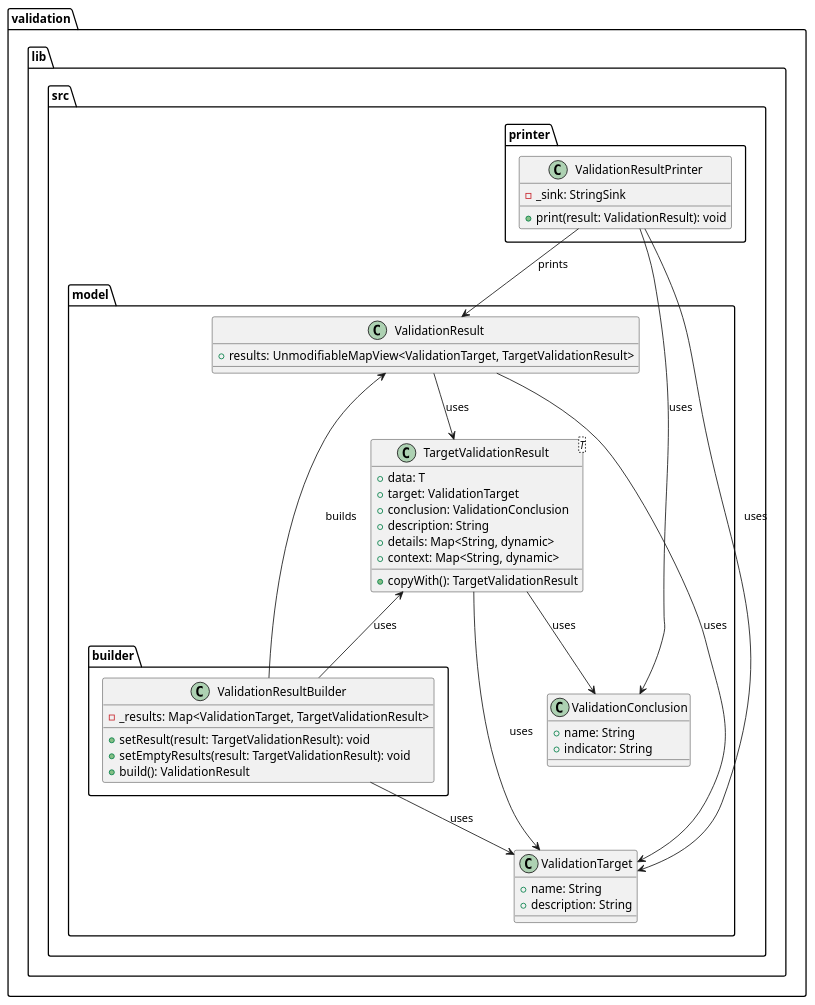
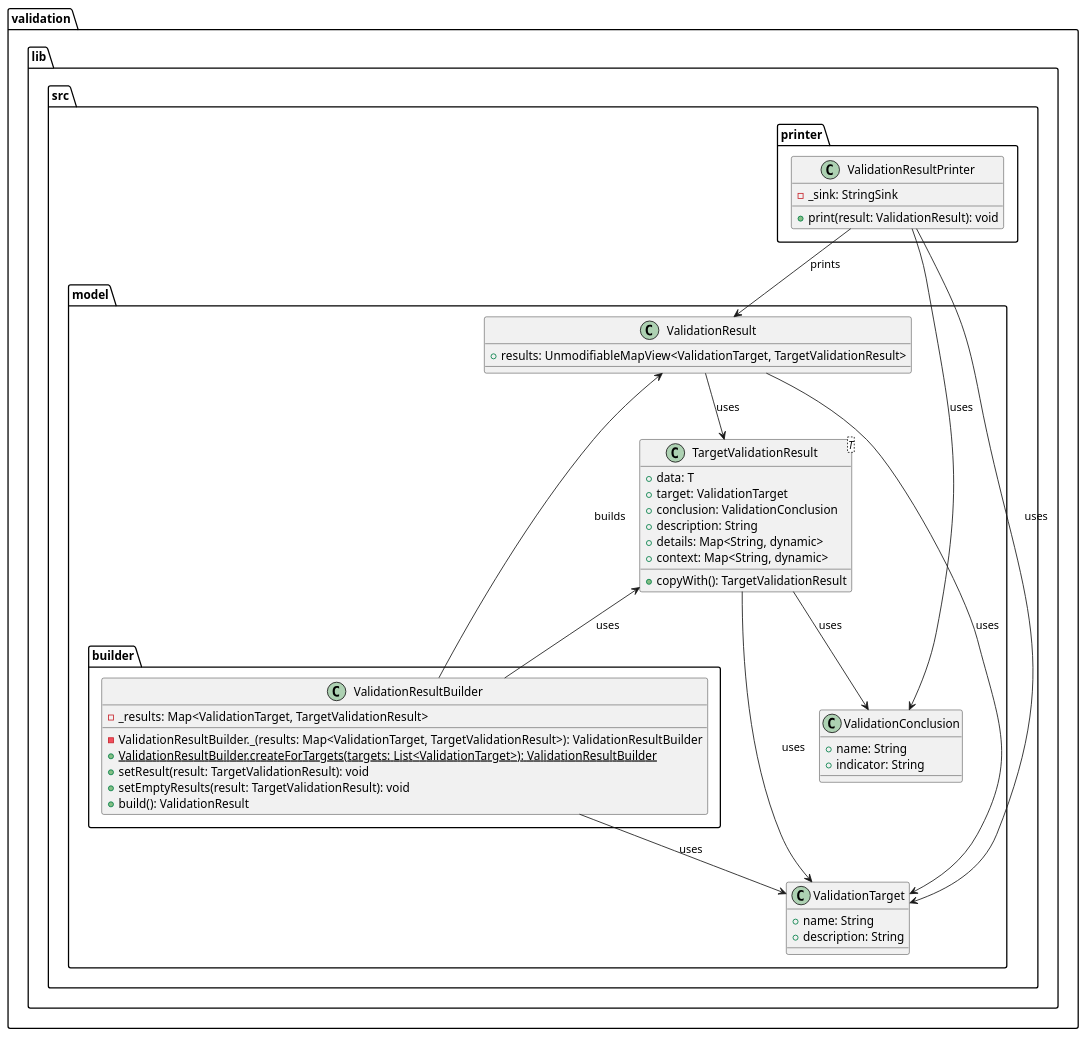
The diagram in metrics/cli/docs/features/doctor_output_improvements/diagrams/validation_class_diagram.puml (Flank/flank-dashboard), drawn with PlantUML before and after one commit. The commit also changed 3 other files, not shown here.

```diff
--- a/metrics/cli/docs/features/doctor_output_improvements/diagrams/validation_class_diagram.puml
+++ b/metrics/cli/docs/features/doctor_output_improvements/diagrams/validation_class_diagram.puml
@@ -1,64 +1,66 @@
 @startuml validation_output_class_diagram
 
 package validation.lib.src {
     package model {
         package builder {
             class ValidationResultBuilder {
                 - _results: Map<ValidationTarget, TargetValidationResult>
 
+                - ValidationResultBuilder._(results: Map<ValidationTarget, TargetValidationResult>): ValidationResultBuilder
+                + {static} ValidationResultBuilder.createForTargets(targets: List<ValidationTarget>): ValidationResultBuilder
                 + setResult(result: TargetValidationResult): void
                 + setEmptyResults(result: TargetValidationResult): void
                 + build(): ValidationResult
             }
         }
 
         class ValidationTarget {
             + name: String
             + description: String
         }
 
         class ValidationConclusion {
             + name: String
             + indicator: String
         }
 
         class TargetValidationResult<T> {
             + data: T
             + target: ValidationTarget
             + conclusion: ValidationConclusion
             + description: String
             + details: Map<String, dynamic>
             + context: Map<String, dynamic>
 
             + copyWith(): TargetValidationResult
         }
 
         class ValidationResult{
             + results: UnmodifiableMapView<ValidationTarget, TargetValidationResult>
         }
     }
 
     package printer {
         class ValidationResultPrinter{
             - _sink: StringSink
 
             + print(result: ValidationResult): void
         }
     }
 }
 
 TargetValidationResult --> ValidationTarget : uses
 TargetValidationResult --> ValidationConclusion : uses
 
 ValidationResult --> TargetValidationResult : uses
 ValidationResult --> ValidationTarget : uses
 
 ValidationResultBuilder -up-> ValidationResult : builds
 ValidationResultBuilder --> ValidationTarget : uses
 ValidationResultBuilder -up-> TargetValidationResult : uses
 
 ValidationResultPrinter --> ValidationConclusion : uses
 ValidationResultPrinter --> ValidationTarget : uses
 ValidationResultPrinter --> ValidationResult : prints
 
 @enduml
```
